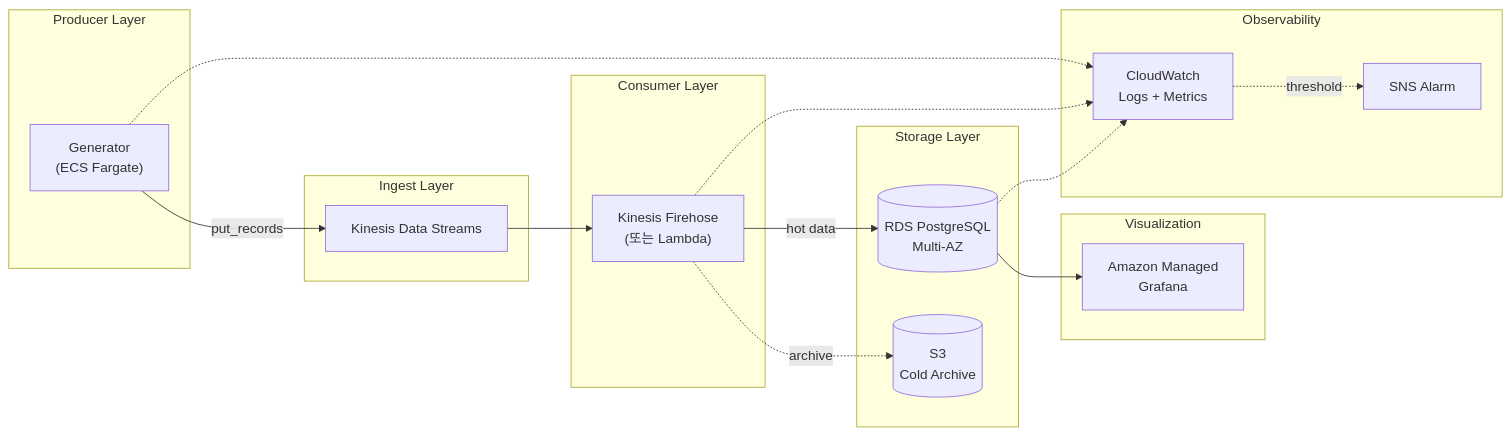
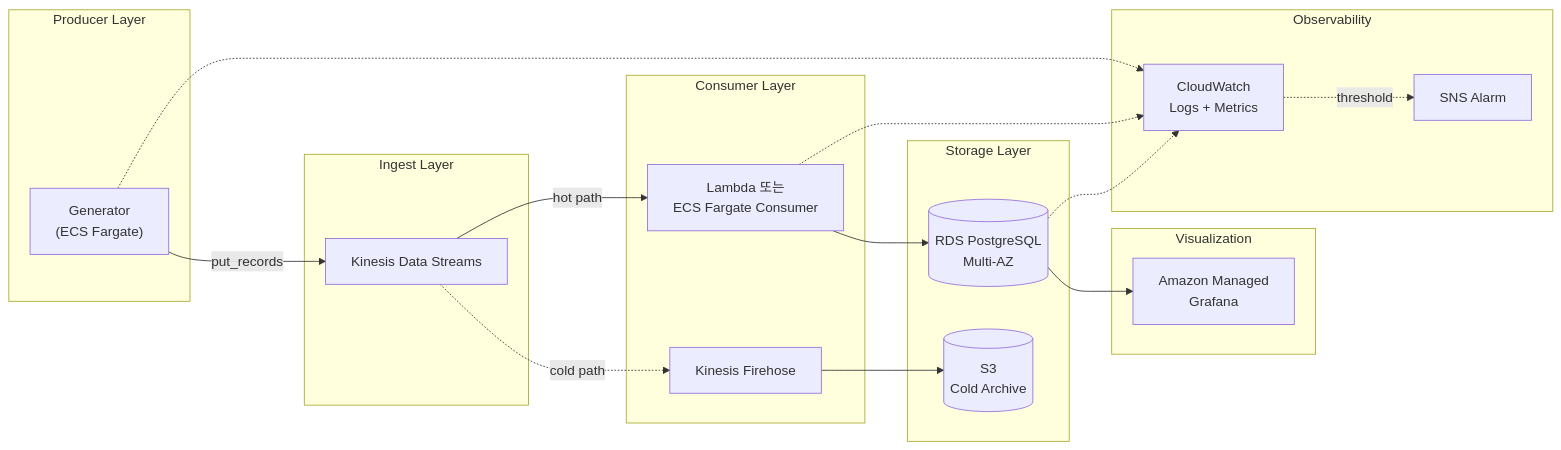
One commit to stundrg/future_project changed the diagram in docs/aws-design.md. Above: the diagram before and after it, drawn with Mermaid. The commit also changed other lines of this file and 4 other files, not shown here.

````diff
--- a/docs/aws-design.md
+++ b/docs/aws-design.md
@@ -24,39 +25,41 @@
 ```mermaid
 flowchart LR
     subgraph Producer["Producer Layer"]
         G["Generator<br/>(ECS Fargate)"]
     end
 
     subgraph Ingest["Ingest Layer"]
         K["Kinesis Data Streams"]
     end
 
     subgraph Consumer["Consumer Layer"]
-        L["Kinesis Firehose<br/>(또는 Lambda)"]
+        L["Lambda 또는<br/>ECS Fargate Consumer"]
+        F["Kinesis Firehose"]
     end
 
     subgraph Storage["Storage Layer"]
         R[("RDS PostgreSQL<br/>Multi-AZ")]
         S[("S3<br/>Cold Archive")]
     end
 
     subgraph Viz["Visualization"]
         M["Amazon Managed<br/>Grafana"]
     end
 
     subgraph Ops["Observability"]
         CW["CloudWatch<br/>Logs + Metrics"]
         SNS["SNS Alarm"]
     end
 
     G -->|put_records| K
-    K --> L
-    L -->|hot data| R
-    L -.->|archive| S
+    K -->|hot path| L
+    K -.->|cold path| F
+    L --> R
+    F --> S
     R --> M
 
     G -.-> CW
     L -.-> CW
     R -.-> CW
     CW -.->|threshold| SNS
 ```
````
